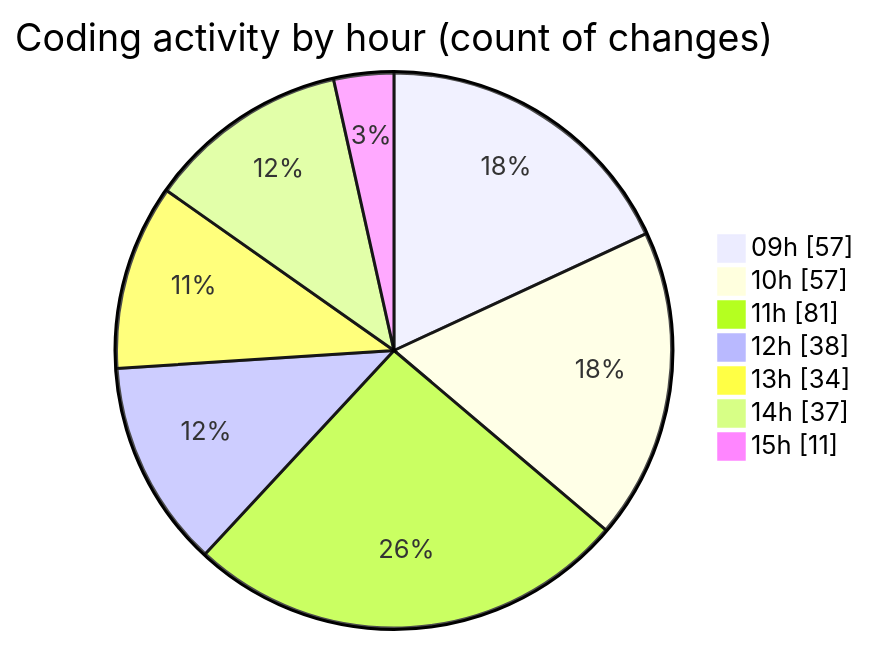
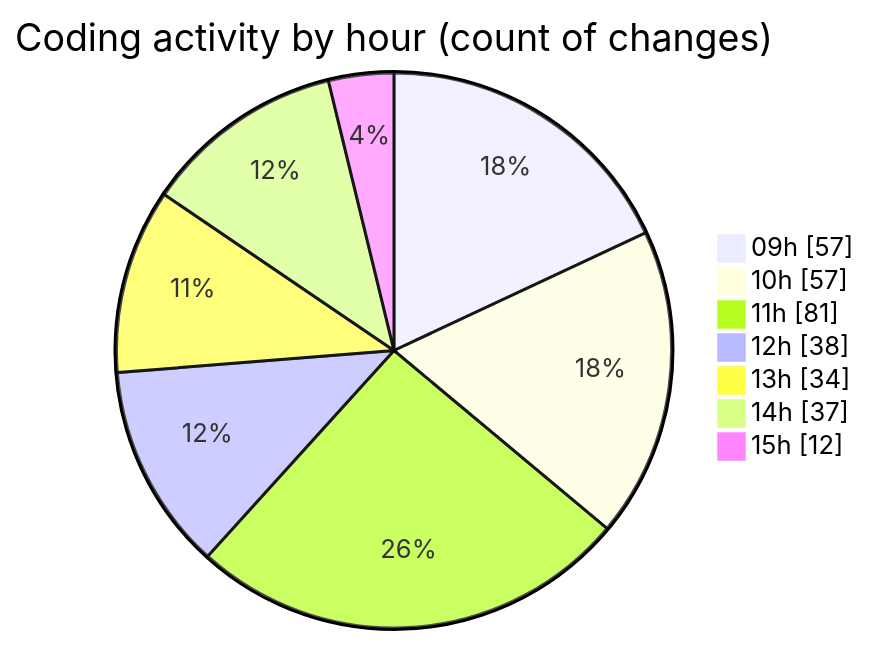
The second of 2 diagrams in 2025-09-19/cda/README.md (momahboobian/code-tracking), drawn with Mermaid before and after one commit. The commit also changed other lines of this file and 1 other file, not shown here.

````diff
--- a/2025-09-19/cda/README.md
+++ b/2025-09-19/cda/README.md
@@ -36,11 +36,11 @@
 ```mermaid
 pie showData
 title Coding activity by hour (count of changes)
 "09h" : 57
 "10h" : 57
 "11h" : 81
 "12h" : 38
 "13h" : 34
 "14h" : 37
-"15h" : 11
+"15h" : 12
 ```
````
